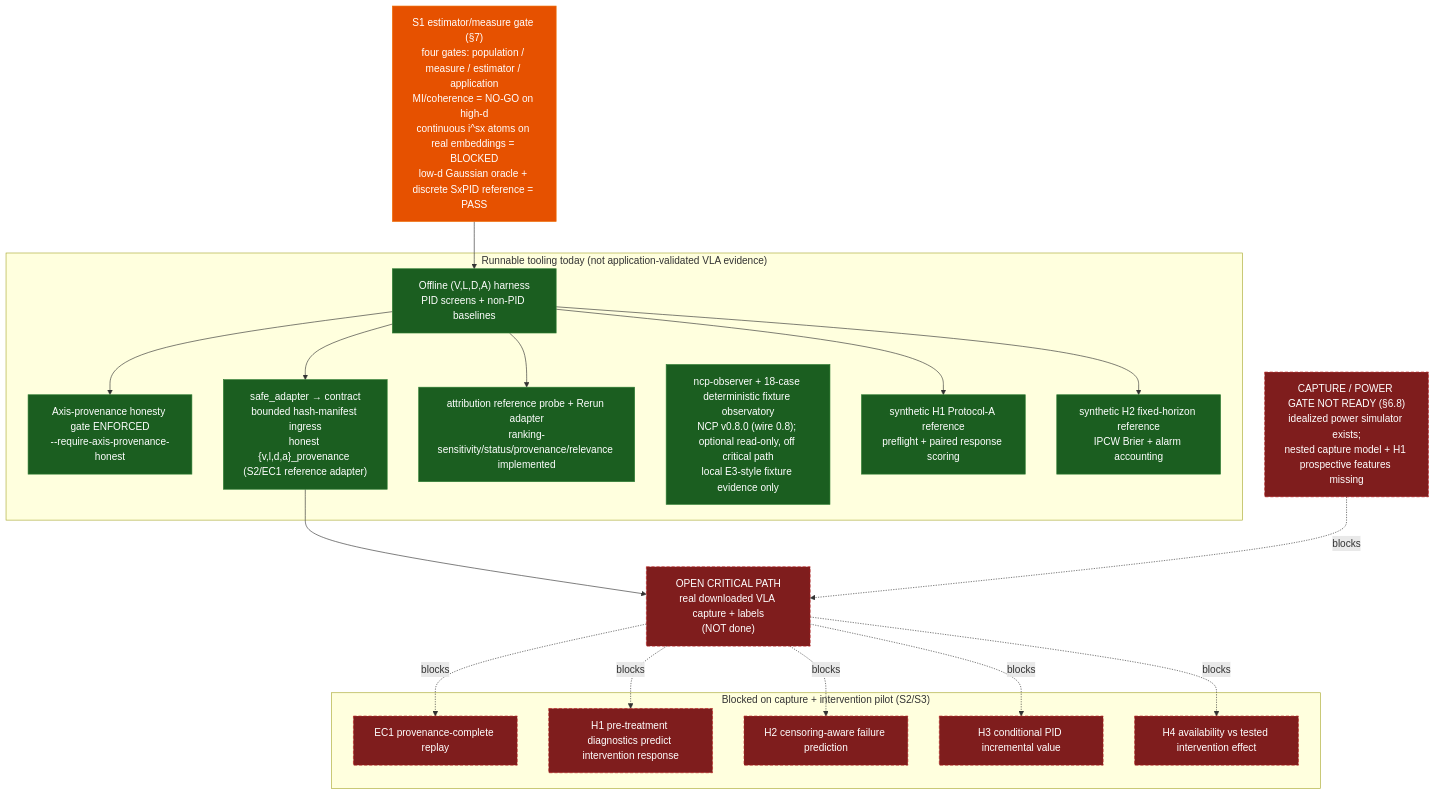
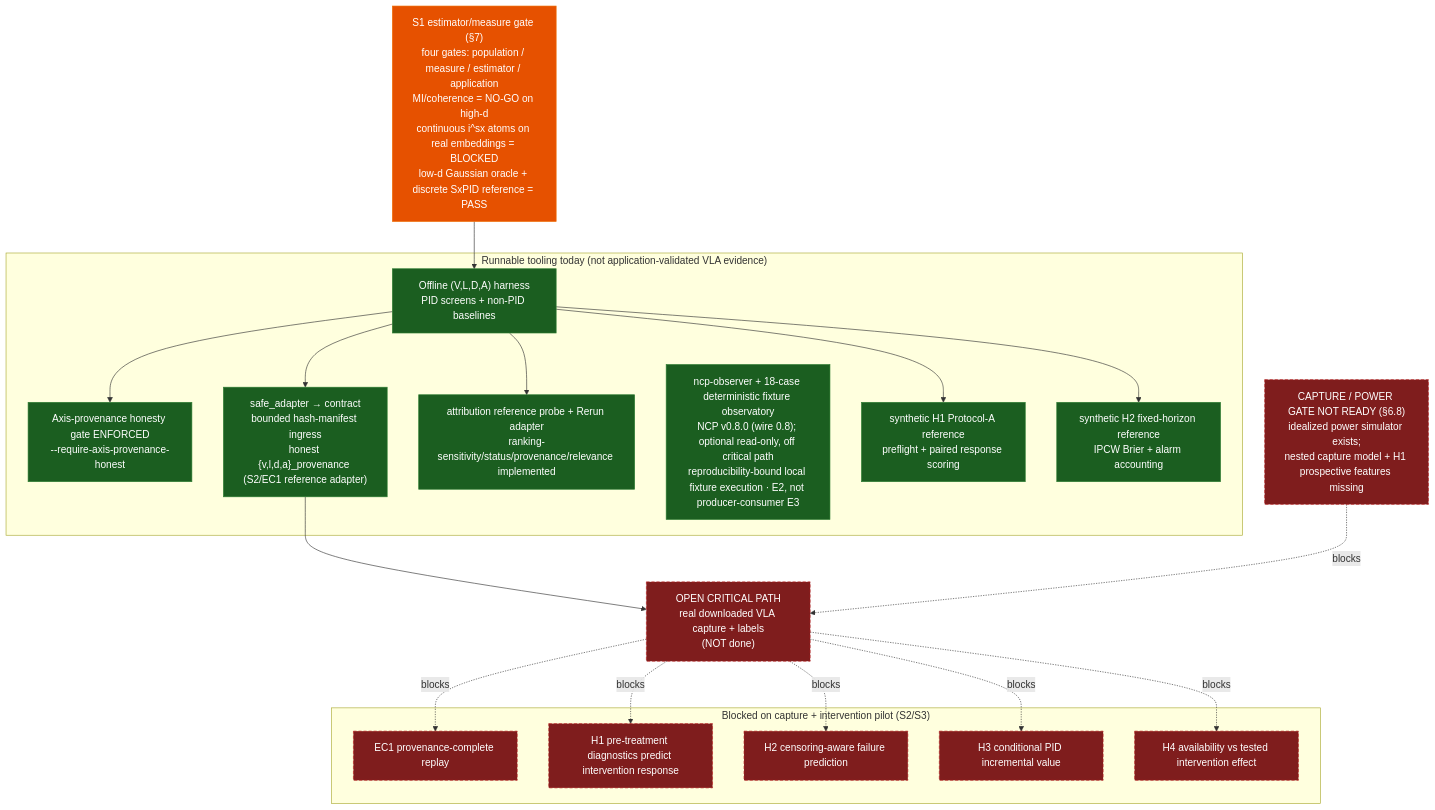
The first of 18 diagrams in DIAGRAMS.md (sepahead/prisoma), drawn with Mermaid before and after one commit. The commit also changed 20 other files, not shown here.

Commit message:
fix: correct NCP observer evidence semantics

````diff
--- a/DIAGRAMS.md
+++ b/DIAGRAMS.md
@@ -43,38 +43,38 @@
 ```mermaid
 flowchart TD
     classDef run fill:#1b5e20,stroke:#2e7d32,color:#fff;
     classDef gate fill:#e65100,stroke:#ef6c00,color:#fff;
     classDef blocked fill:#7f1d1d,stroke:#b71c1c,color:#fff,stroke-dasharray:5 3;
 
     S1["S1 estimator/measure gate (§7)<br/>four gates: population / measure / estimator / application<br/>MI/coherence = NO-GO on high-d<br/>continuous i^sx atoms on real embeddings = BLOCKED<br/>low-d Gaussian oracle + discrete SxPID reference = PASS"]:::gate
 
     subgraph Today["Runnable tooling today (not application-validated VLA evidence)"]
         Harness["Offline (V,L,D,A) harness<br/>PID screens + non-PID baselines"]:::run
         ProvGate["Axis-provenance honesty gate ENFORCED<br/>--require-axis-provenance-honest"]:::run
         Adapter["safe_adapter → contract<br/>bounded hash-manifest ingress<br/>honest {v,l,d,a}_provenance (S2/EC1 reference adapter)"]:::run
         Attr["attribution reference probe + Rerun adapter<br/>ranking-sensitivity/status/provenance/relevance implemented"]:::run
-        Obs["ncp-observer + 18-case deterministic fixture observatory<br/>NCP v0.8.0 (wire 0.8); optional read-only, off critical path<br/>local E3-style fixture evidence only"]:::run
+        Obs["ncp-observer + 18-case deterministic fixture observatory<br/>NCP v0.8.0 (wire 0.8); optional read-only, off critical path<br/>reproducibility-bound local fixture execution · E2, not producer-consumer E3"]:::run
         H1Ref["synthetic H1 Protocol-A reference<br/>preflight + paired response scoring"]:::run
         H2Ref["synthetic H2 fixed-horizon reference<br/>IPCW Brier + alarm accounting"]:::run
     end
 
     Power["CAPTURE / POWER GATE NOT READY (§6.8)<br/>idealized power simulator exists;<br/>nested capture model + H1 prospective features missing"]:::blocked
     Capture["OPEN CRITICAL PATH<br/>real downloaded VLA capture + labels<br/>(NOT done)"]:::blocked
 
     subgraph Blocked["Blocked on capture + intervention pilot (S2/S3)"]
         EC1["EC1 provenance-complete replay"]:::blocked
         H1["H1 pre-treatment diagnostics predict intervention response"]:::blocked
         H2["H2 censoring-aware failure prediction"]:::blocked
         H3["H3 conditional PID incremental value"]:::blocked
         H4["H4 availability vs tested intervention effect"]:::blocked
     end
 
     S1 --> Harness
     Harness --> ProvGate
     Harness --> Adapter
     Harness --> Attr
     Harness --> H1Ref & H2Ref
     Adapter --> Capture
     Power -. blocks .-> Capture
     Capture -. blocks .-> EC1 & H1 & H2 & H3 & H4
 ```
````
